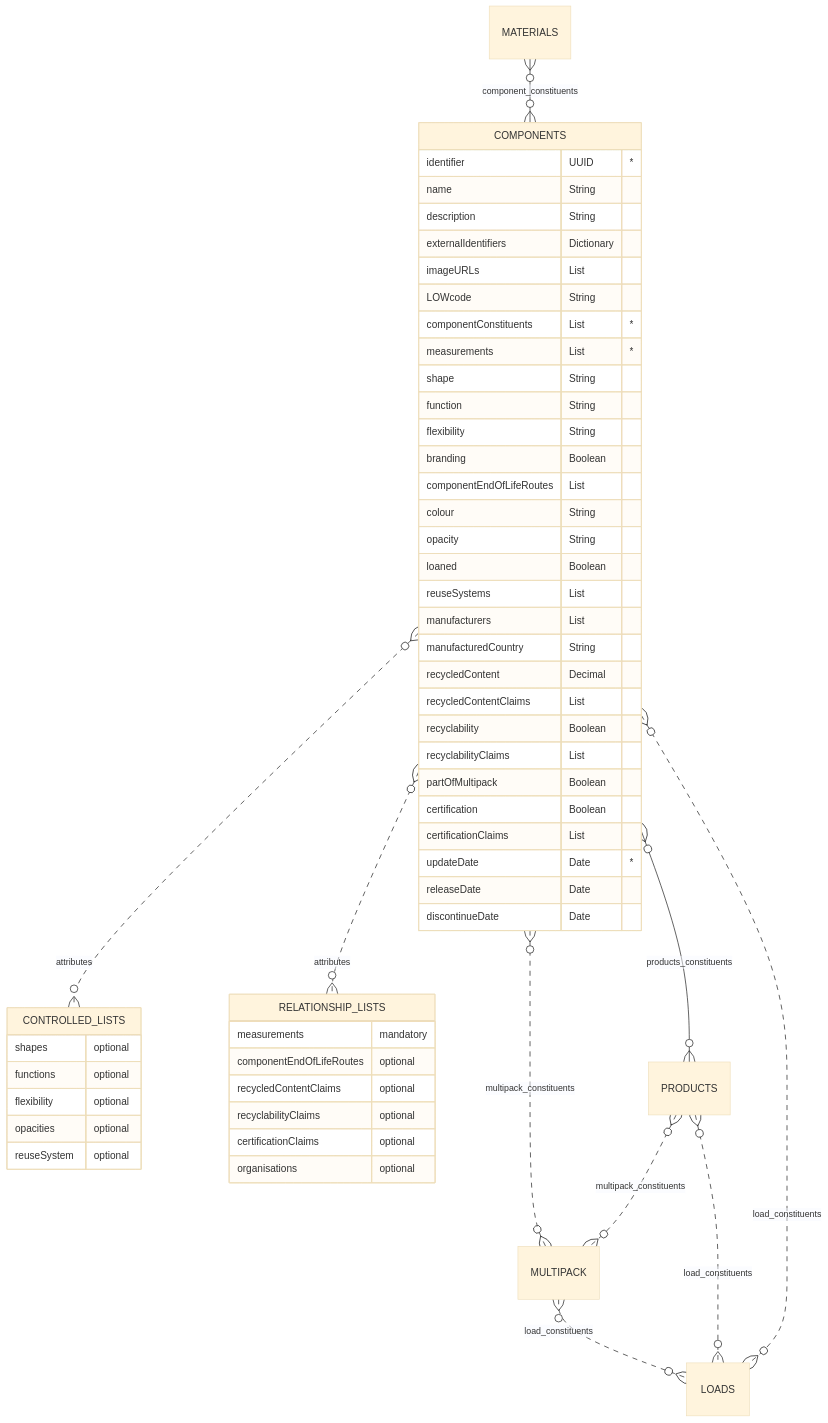
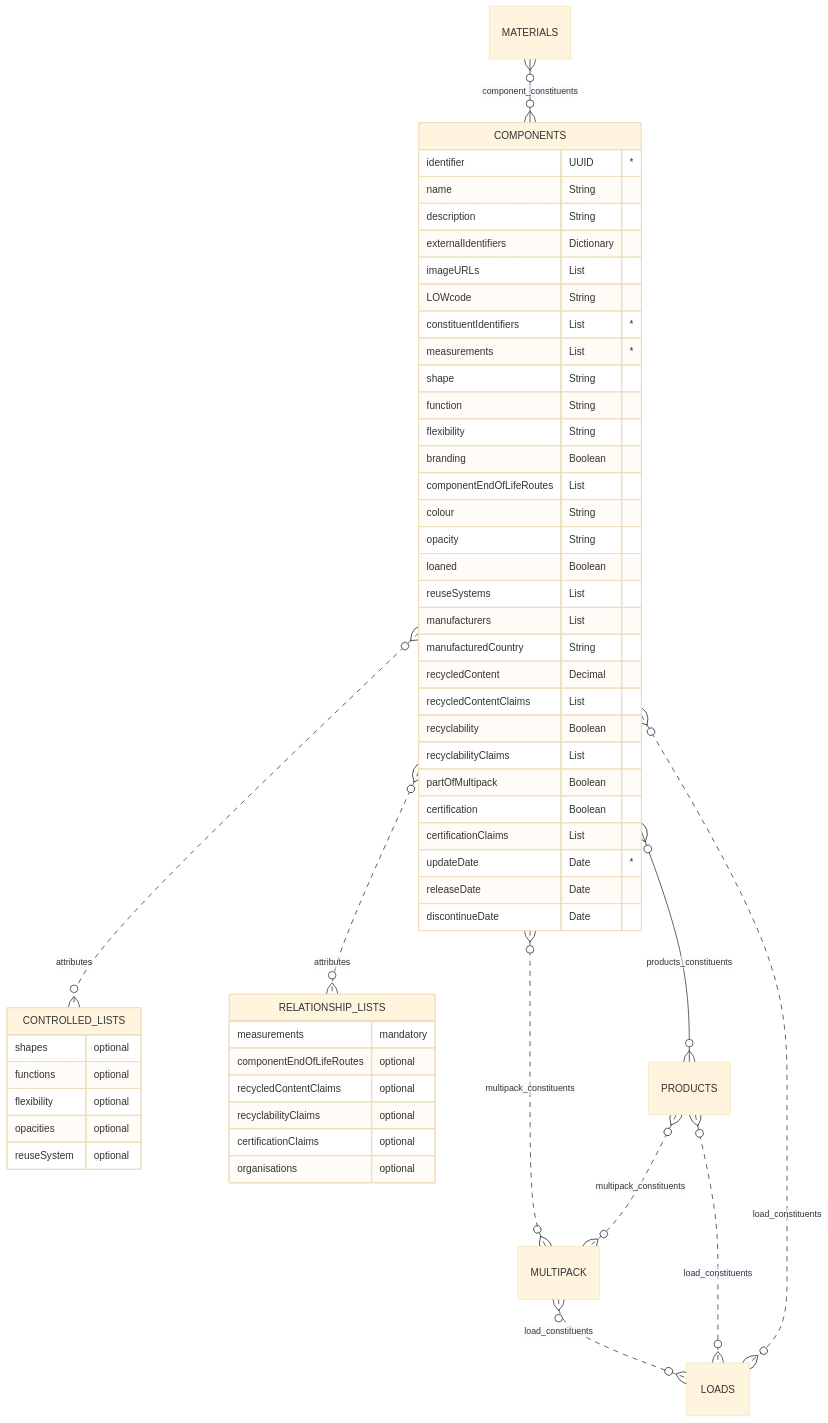
Before and after one commit to OpenDataManchester/OSTFD: the diagram in docs/schema/components.md, drawn with Mermaid (base theme). The commit also changed other lines of this file and 46 other files, not shown here.

````diff
--- a/docs/schema/components.md
+++ b/docs/schema/components.md
@@ -52,58 +52,58 @@
 ``` mermaid
 erDiagram
 MATERIALS }o--o{ COMPONENTS : component_constituents
   COMPONENTS {
     identifier UUID "*"
     name String
     description String
     externalIdentifiers Dictionary
     imageURLs List
     LOWcode String
-    componentConstituents List "*"
+    constituentIdentifiers List "*"
     measurements List "*"
     shape String
     function String
     flexibility String
     branding Boolean
     componentEndOfLifeRoutes List
     colour String
     opacity String
     loaned Boolean
     reuseSystems List
     manufacturers List
     manufacturedCountry String
     recycledContent Decimal
     recycledContentClaims List
     recyclability Boolean
     recyclabilityClaims List
     partOfMultipack Boolean
     certification Boolean
     certificationClaims List
     updateDate Date "*"
     releaseDate Date
     discontinueDate Date
   }
   COMPONENTS }o..o{ CONTROLLED_LISTS : attributes
   COMPONENTS }o..o{ RELATIONSHIP_LISTS : attributes
   COMPONENTS }o--o{ PRODUCTS : products_constituents
   COMPONENTS }o..o{ MULTIPACK : multipack_constituents
   MULTIPACK }o..o{ LOADS : load_constituents
   PRODUCTS }o..o{ MULTIPACK : multipack_constituents
   PRODUCTS }o..o{ LOADS : load_constituents
   COMPONENTS }o..o{ LOADS : load_constituents
     CONTROLLED_LISTS {
     shapes optional
     functions optional
     flexibility optional
     opacities optional
     reuseSystem optional
   }
   RELATIONSHIP_LISTS {
     measurements mandatory
     componentEndOfLifeRoutes optional
     recycledContentClaims optional
     recyclabilityClaims optional
     certificationClaims optional
     organisations optional
   }
 ```
````
